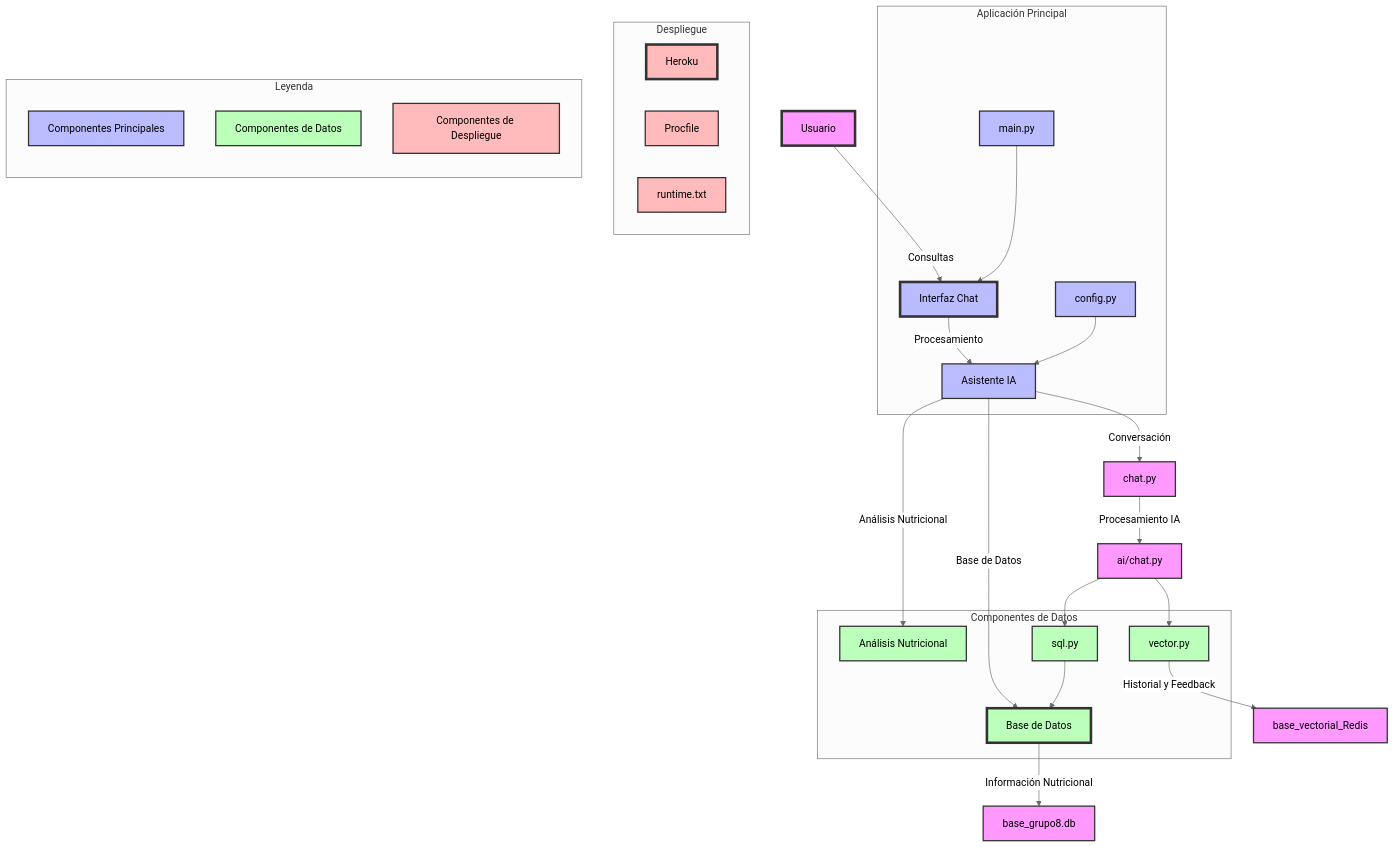
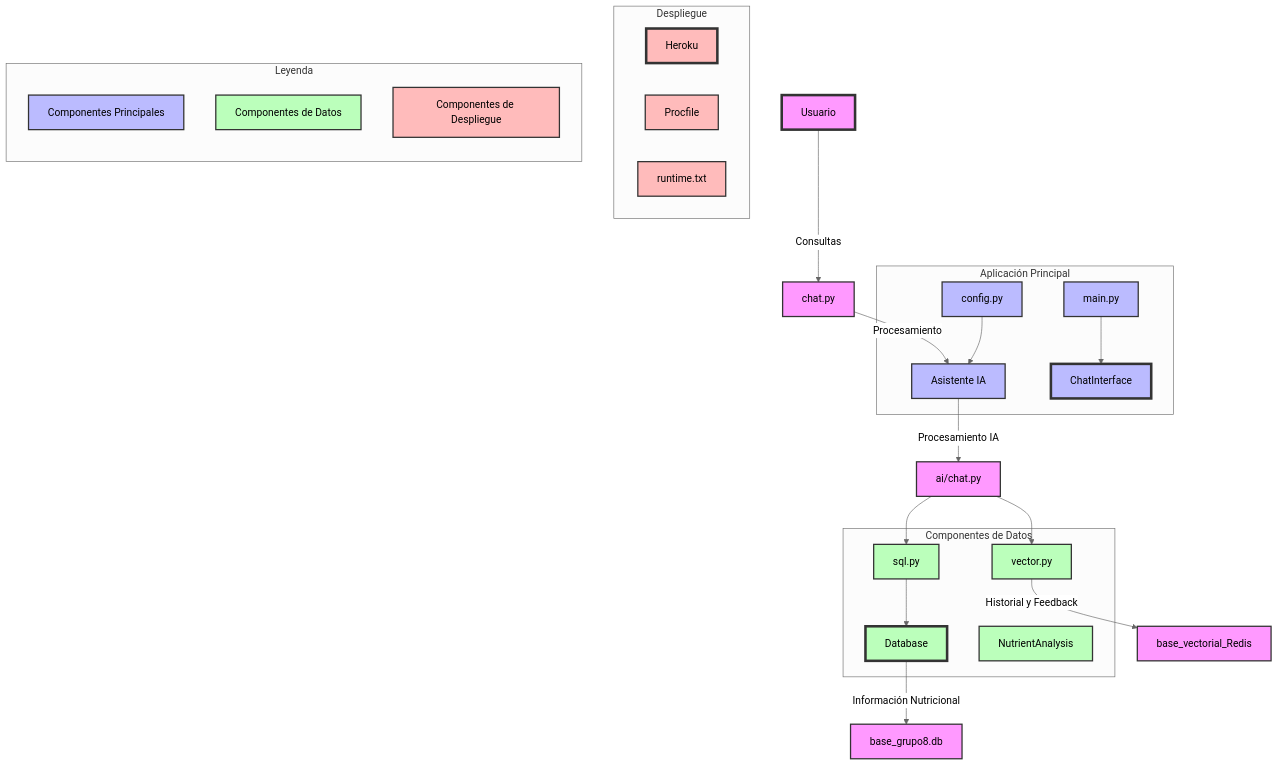
Before and after one commit to leorojascas/Grupo8: the diagram in architecture.md, drawn with Mermaid (neutral theme).

````diff
--- a/architecture.md
+++ b/architecture.md
@@ -1,73 +1,70 @@
 ```mermaid
 graph TD
     %% Nodes
-    User[Usuario] -->|Consultas| ChatInterface[Interfaz Chat]
-    ChatInterface -->|Procesamiento| AIAssistant[Asistente IA]
-    AIAssistant -->|Base de Datos| Database[Base de Datos]
-    AIAssistant -->|Análisis Nutricional| NutrientAnalysis[Análisis Nutricional]
+    User[Usuario] -->|Consultas| ChatLogic[chat.py]
+    ChatLogic -->|Procesamiento| AIAssistant[Asistente IA]
 
     %% Subgraphs
     subgraph Aplicación Principal
         ChatInterface
         AIAssistant
         EntryPoint[main.py]
         AppConfig[config.py]
     end
 
     subgraph Componentes de Datos
         Database
         NutrientAnalysis
         SQLModule[sql.py]
         VectorProcessor[vector.py]
     end
 
     %% Database Details
     Database -->|Información Nutricional| Config[base_grupo8.db]
     SQLModule --> Database
     VectorProcessor --> |Historial y Feedback| Confíg[base_vectorial_Redis]
     AILogic --> VectorProcessor
     AILogic --> SQLModule
 
     %% AI Components
-    AIAssistant -->|Conversación| ChatLogic[chat.py]
-    ChatLogic -->|Procesamiento IA| AILogic[ai/chat.py]
+    AIAssistant -->|Procesamiento IA| AILogic[ai/chat.py]
 
     %% Entry point y configuración
     EntryPoint --> ChatInterface
     AppConfig --> AIAssistant
 
     %% Deployment
     subgraph Despliegue
         Heroku[Heroku]
         Procfile[Procfile]
         Runtime[runtime.txt]
     end
 
     %% Styling
     classDef default fill:#f9f,stroke:#333,stroke-width:2px
     classDef primary fill:#bbf,stroke:#333,stroke-width:2px
     classDef data fill:#bfb,stroke:#333,stroke-width:2px
     classDef deployment fill:#fbb,stroke:#333,stroke-width:2px
 
     class User,ChatInterface,AIAssistant,EntryPoint,AppConfig primary
     class Database,NutrientAnalysis,SQLModule,VectorProcessor data
     class Heroku,Procfile,Runtime deployment
 
     %% Legend
     subgraph Leyenda
         direction TB
         Primary[Componentes Principales]
         Data[Componentes de Datos]
         Deployment[Componentes de Despliegue]
     end
 
     class Primary primary
     class Data data
     class Deployment deployment
 
     %% Connections
     style User fill:#f9f,stroke:#333,stroke-width:4px
     style ChatInterface fill:#bbf,stroke:#333,stroke-width:4px
     style Database fill:#bfb,stroke:#333,stroke-width:4px
     style Heroku fill:#fbb,stroke:#333,stroke-width:4px
 ```
````
